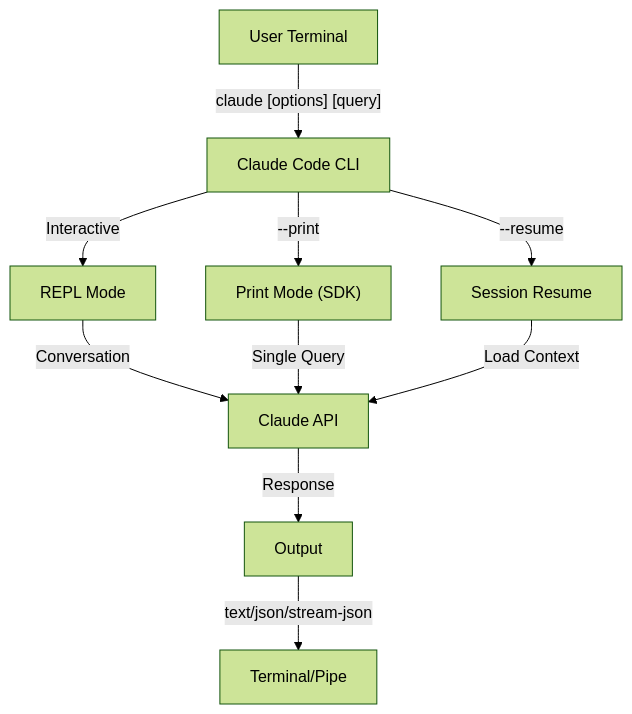
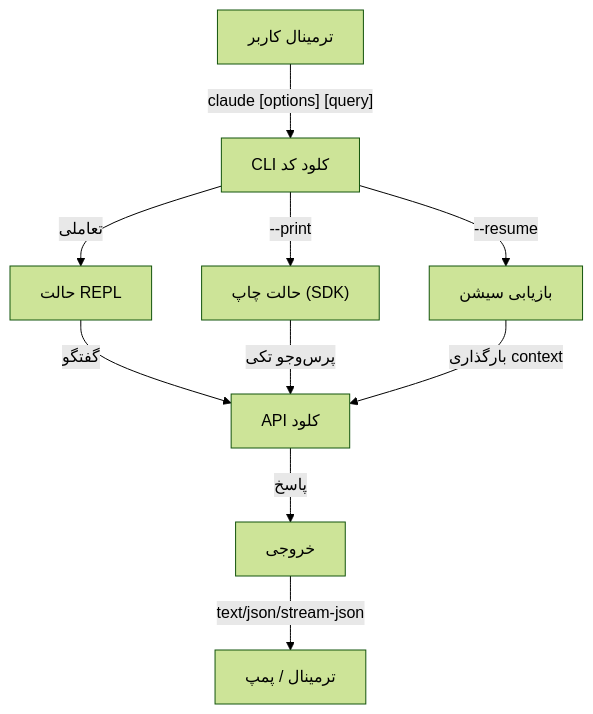
Before and after one commit to hassanbht/claude-howto: the diagram in fa/10-cli/README.md, drawn with Mermaid (forest theme). The commit also changed other lines of this file and 213 other files, not shown here.

````diff
--- a/fa/10-cli/README.md
+++ b/fa/10-cli/README.md
@@ -14,12 +14,12 @@
 ```mermaid
 graph TD
-    A["User Terminal"] -->|"claude [options] [query]"| B["Claude Code CLI"]
-    B -->|Interactive| C["REPL Mode"]
-    B -->|"--print"| D["Print Mode (SDK)"]
-    B -->|"--resume"| E["Session Resume"]
-    C -->|Conversation| F["Claude API"]
-    D -->|Single Query| F
-    E -->|Load Context| F
-    F -->|Response| G["Output"]
-    G -->|text/json/stream-json| H["Terminal/Pipe"]
+    A["ترمینال کاربر"] -->|"claude [options] [query]"| B["CLI کلود کد"]
+    B -->|تعاملی| C["حالت REPL"]
+    B -->|"--print"| D["حالت چاپ (SDK)"]
+    B -->|"--resume"| E["بازیابی سیشن"]
+    C -->|گفتگو| F["API کلود"]
+    D -->|پرس‌وجو تکی| F
+    E -->|بارگذاری context| F
+    F -->|پاسخ| G["خروجی"]
+    G -->|text/json/stream-json| H["ترمینال / پمپ"]
 ```
````
